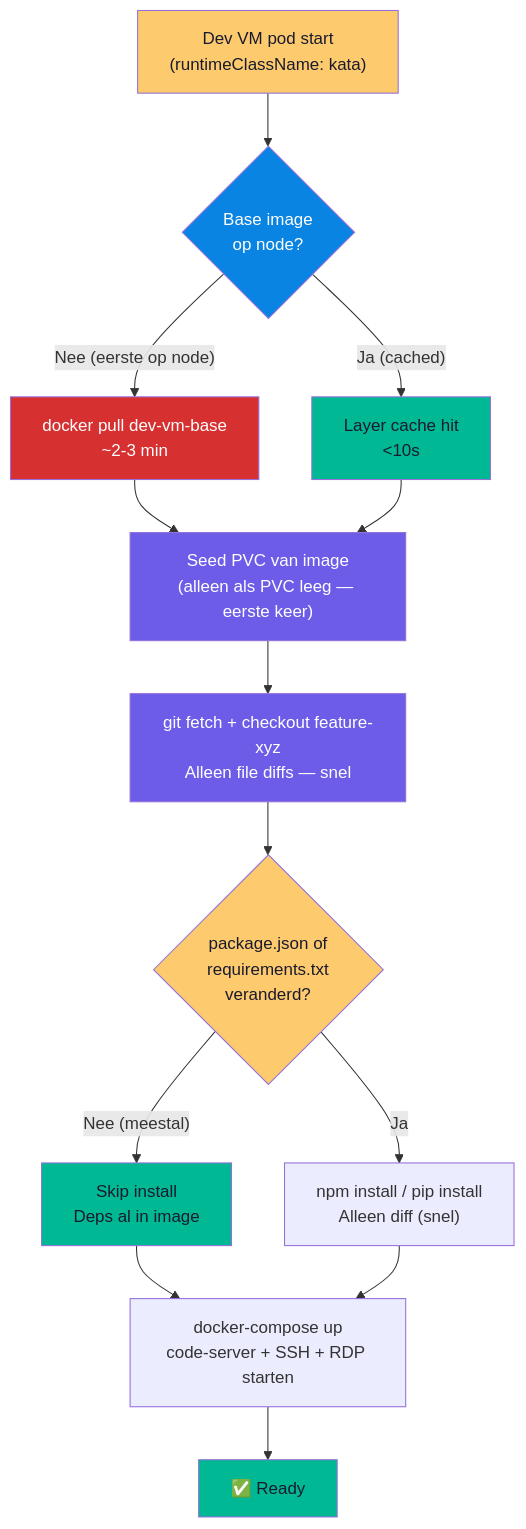
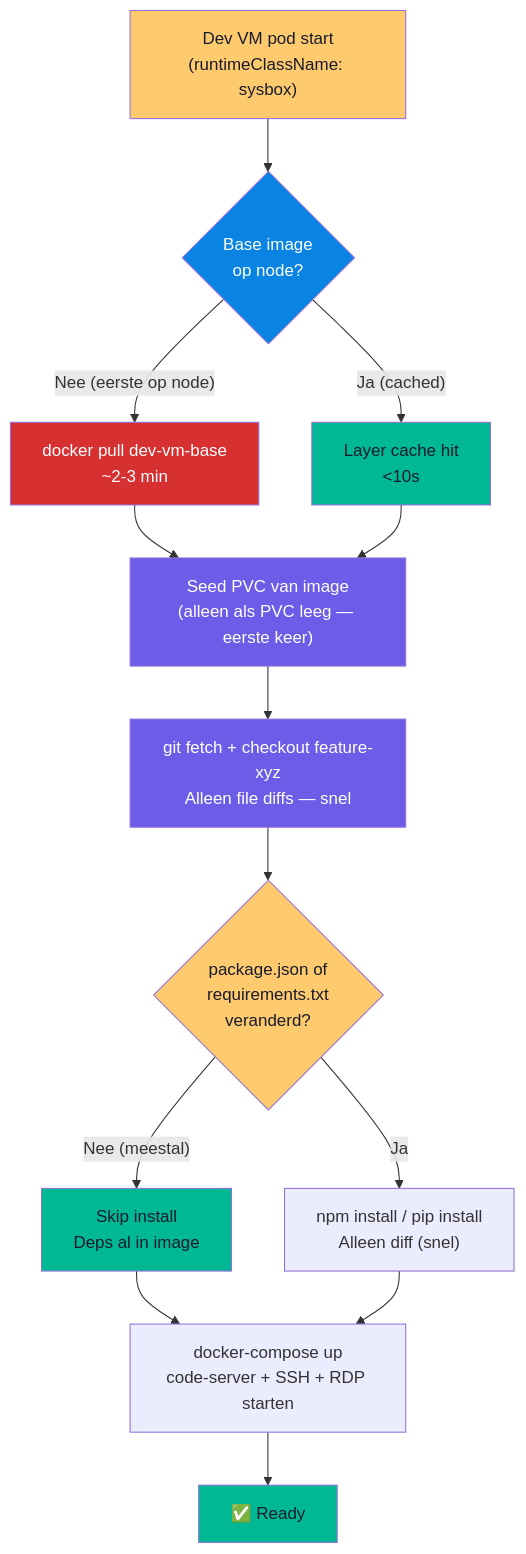
One commit to nuno-git/druppie-fork changed the fourth of 12 diagrams in docs/dev-environment-architecture.md. Above: the diagram before and after it, drawn with Mermaid. The commit also changed other lines of this file and 1 other file, not shown here.

First line of the commit message:
docs(dev-env): correct runtime to sysbox, document Kasm research

````diff
--- a/docs/dev-environment-architecture.md
+++ b/docs/dev-environment-architecture.md
@@ -410,30 +410,30 @@
 ```mermaid
 flowchart TB
-    START["Dev VM pod start<br/>(runtimeClassName: kata)"] --> PULL{"Base image<br/>op node?"}
+    START["Dev VM pod start<br/>(runtimeClassName: sysbox)"] --> PULL{"Base image<br/>op node?"}
     PULL -->|"Nee (eerste op node)"| DOWNLOAD["docker pull dev-vm-base<br/>~2-3 min"]
     PULL -->|"Ja (cached)"| CACHED["Layer cache hit<br/><10s"]
     DOWNLOAD --> SEED
     CACHED --> SEED
 
     SEED["Seed PVC van image<br/>(alleen als PVC leeg — eerste keer)"] --> CHECKOUT
 
     CHECKOUT["git fetch + checkout feature-xyz<br/>Alleen file diffs — snel"] --> DEPS
 
     DEPS{"package.json of<br/>requirements.txt<br/>veranderd?"}
     DEPS -->|"Nee (meestal)"| SKIP["Skip install<br/>Deps al in image"]
     DEPS -->|"Ja"| INSTALL["npm install / pip install<br/>Alleen diff (snel)"]
     SKIP --> STARTUP
     INSTALL --> STARTUP
 
     STARTUP["docker-compose up<br/>code-server + SSH + RDP starten"] --> READY["✅ Ready"]
 
     style START fill:#fdcb6e,color:#1a1a2e
     style PULL fill:#0984e3,color:#ffffff
     style DOWNLOAD fill:#d63031,color:#ffffff
     style CACHED fill:#00b894,color:#1a1a2e
     style SEED fill:#6c5ce7,color:#ffffff
     style CHECKOUT fill:#6c5ce7,color:#ffffff
     style DEPS fill:#fdcb6e,color:#1a1a2e
     style SKIP fill:#00b894,color:#1a1a2e
     style READY fill:#00b894,color:#1a1a2e
 ```
````
